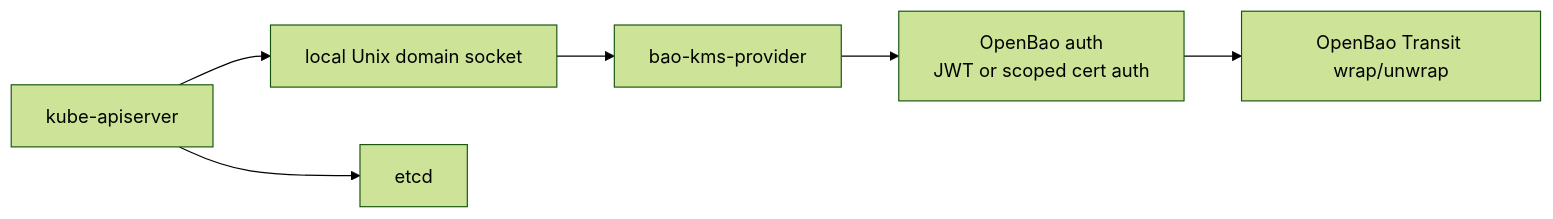
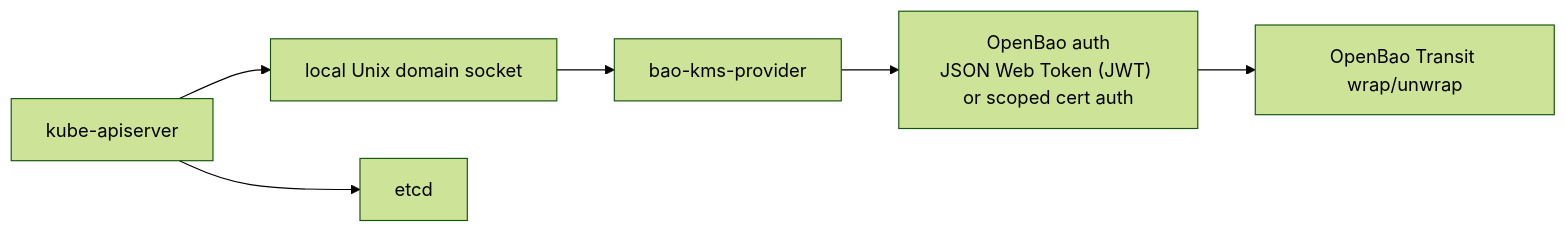
The diagram in docs/getting-started/overview.md (dc-tec/openbao-kubernetes-kms), drawn with Mermaid (forest theme) before and after one commit. The commit also changed other lines of this file and 68 other files, not shown here.

````diff
--- a/docs/getting-started/overview.md
+++ b/docs/getting-started/overview.md
@@ -15,12 +19,12 @@
 ```mermaid
 flowchart LR
     API["kube-apiserver"]
     Socket["local Unix domain socket"]
-    Plugin["bao-kms-provider"]
-    Auth["OpenBao auth<br/>JWT or scoped cert auth"]
+    Provider["bao-kms-provider"]
+    Auth["OpenBao auth<br/>JSON Web Token (JWT) or scoped cert auth"]
     Transit["OpenBao Transit wrap/unwrap"]
     Etcd["etcd"]
 
-    API --> Socket --> Plugin --> Auth --> Transit
+    API --> Socket --> Provider --> Auth --> Transit
     API --> Etcd
 ```
````
